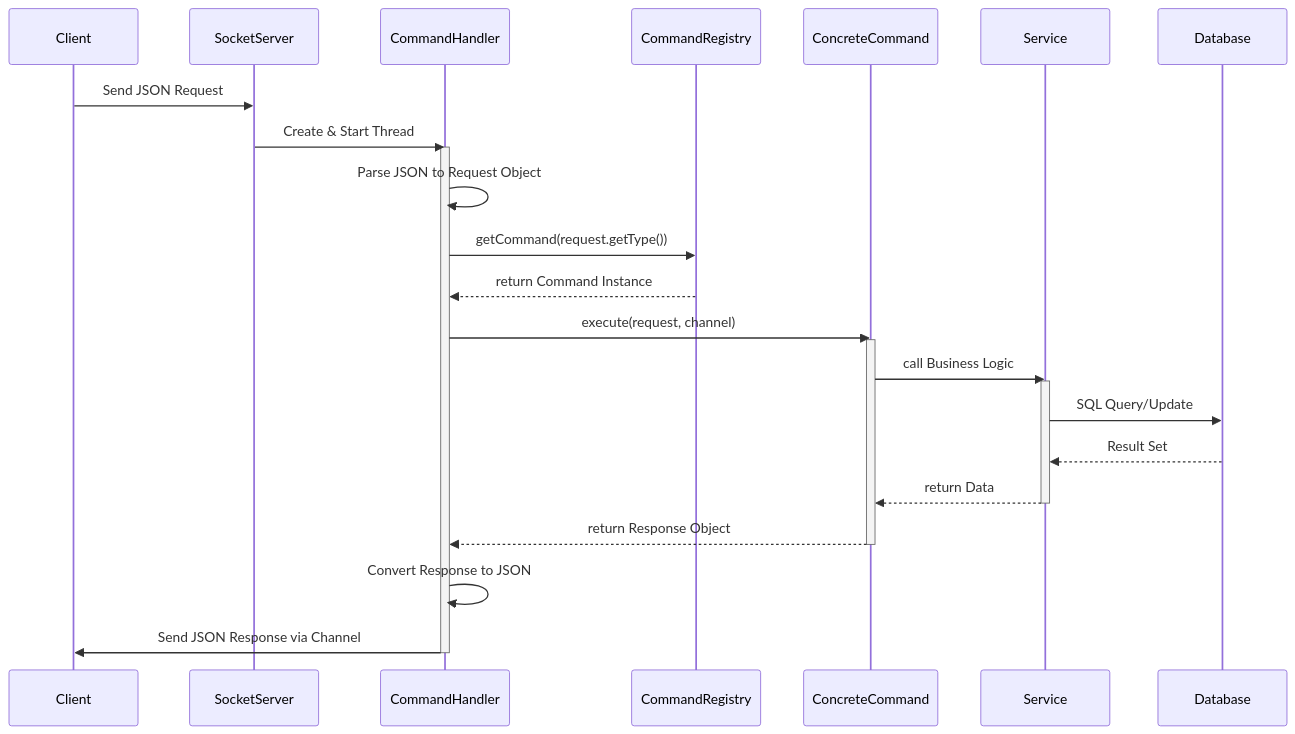
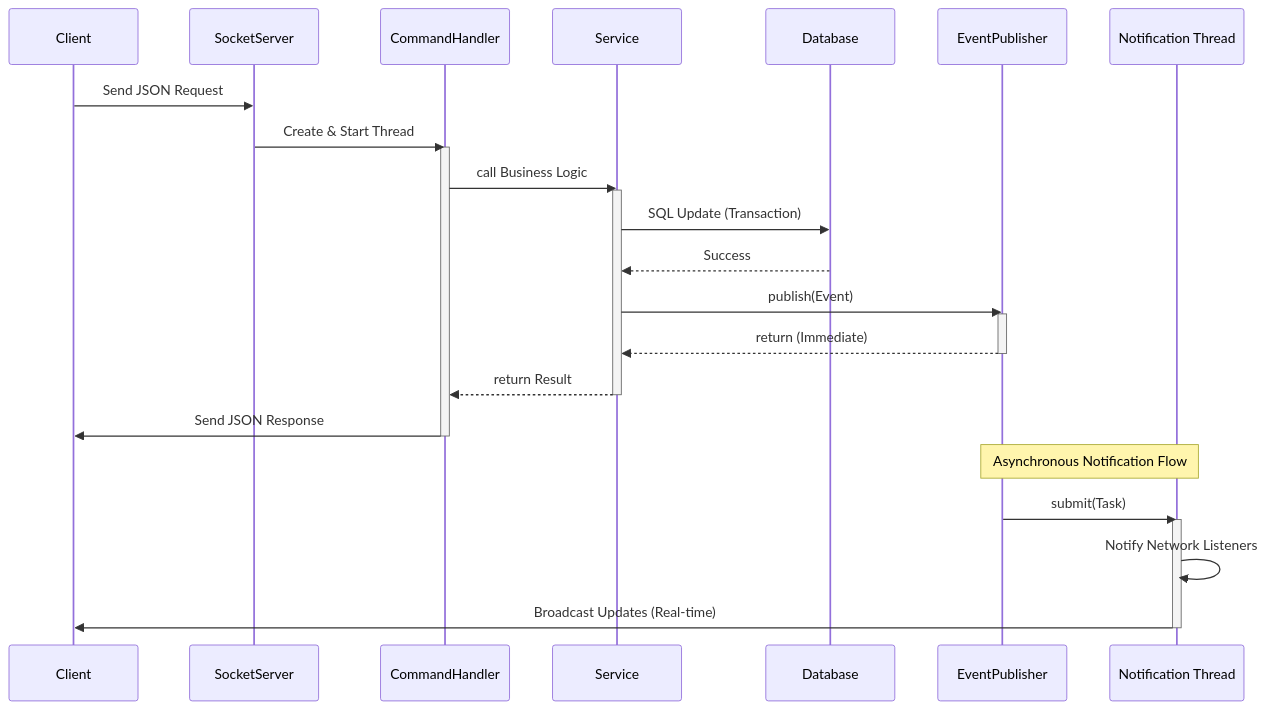
The diagram in docs/SequenceDiagram_Request.md (haidang9107/Bidding), drawn with Mermaid before and after one commit. The commit also changed 11 other files, not shown here.

````diff
--- a/docs/SequenceDiagram_Request.md
+++ b/docs/SequenceDiagram_Request.md
@@ -3,30 +3,35 @@
 ```mermaid
 sequenceDiagram
     participant Client
     participant SocketServer
     participant CommandHandler
-    participant CommandRegistry
-    participant ConcreteCommand
     participant Service
     participant Database
+    participant EventPublisher
+    participant AsyncThread as Notification Thread
 
     Client->>SocketServer: Send JSON Request
     SocketServer->>CommandHandler: Create & Start Thread
     activate CommandHandler
-    CommandHandler->>CommandHandler: Parse JSON to Request Object
-    CommandHandler->>CommandRegistry: getCommand(request.getType())
-    CommandRegistry-->>CommandHandler: return Command Instance
-    CommandHandler->>ConcreteCommand: execute(request, channel)
-    activate ConcreteCommand
-    ConcreteCommand->>Service: call Business Logic
+    CommandHandler->>Service: call Business Logic
     activate Service
-    Service->>Database: SQL Query/Update
-    Database-->>Service: Result Set
-    Service-->>ConcreteCommand: return Data
+    Service->>Database: SQL Update (Transaction)
+    Database-->>Service: Success
+    Service->>EventPublisher: publish(Event)
+    activate EventPublisher
+    EventPublisher-->>Service: return (Immediate)
+    deactivate EventPublisher
+    
+    Service-->>CommandHandler: return Result
     deactivate Service
-    ConcreteCommand-->>CommandHandler: return Response Object
-    deactivate ConcreteCommand
-    CommandHandler->>CommandHandler: Convert Response to JSON
-    CommandHandler->>Client: Send JSON Response via Channel
+    
+    CommandHandler->>Client: Send JSON Response
     deactivate CommandHandler
+
+    Note over EventPublisher, AsyncThread: Asynchronous Notification Flow
+    EventPublisher->>AsyncThread: submit(Task)
+    activate AsyncThread
+    AsyncThread->>AsyncThread: Notify Network Listeners
+    AsyncThread->>Client: Broadcast Updates (Real-time)
+    deactivate AsyncThread
 ```
````
